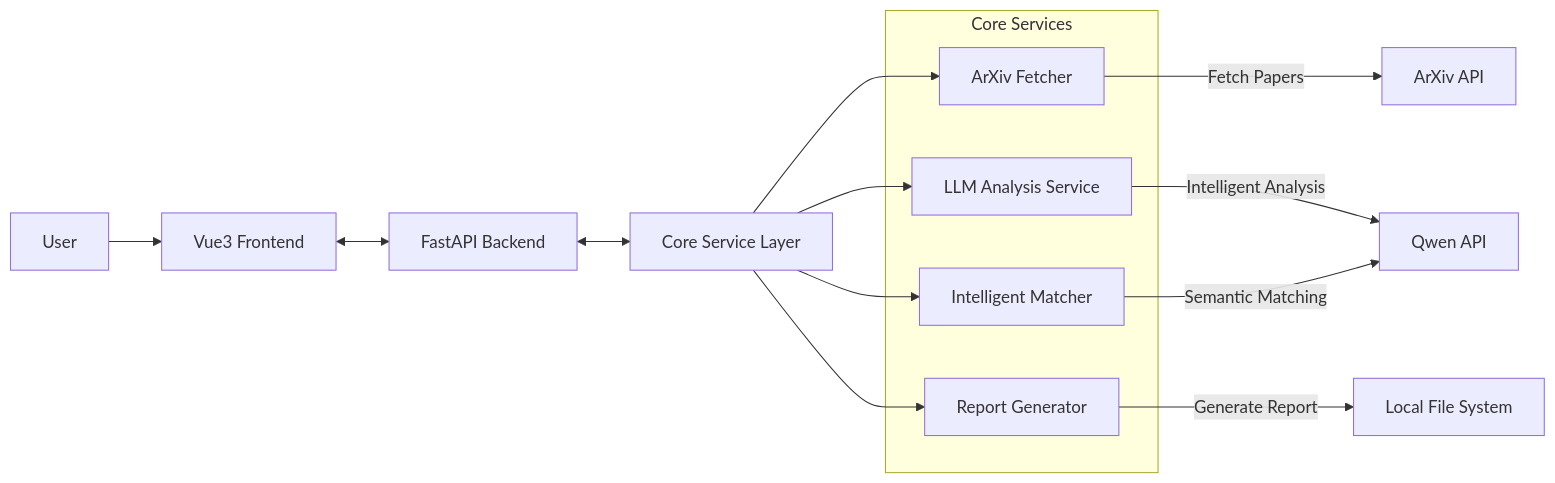
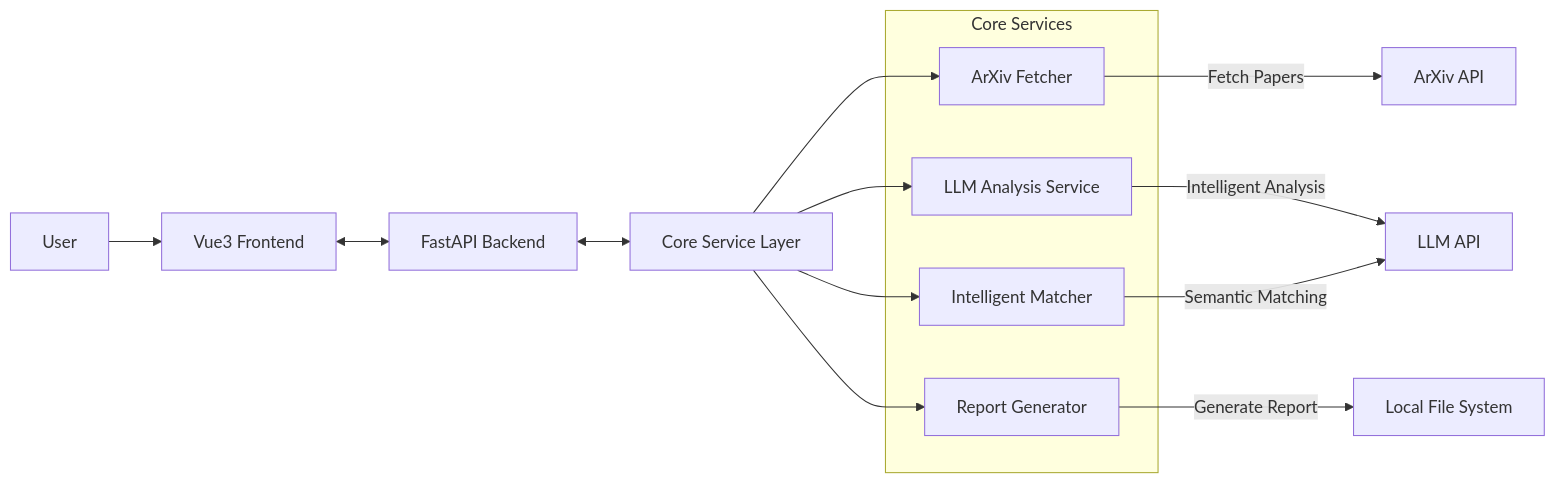
One commit to WhitePlusMS/arXiv-Daily-Summary changed the diagram in README_EN.md. Above: the diagram before and after it, drawn with Mermaid. The commit also changed other lines of this file and 1 other file, not shown here.

````diff
--- a/README_EN.md
+++ b/README_EN.md
@@ -72,23 +72,23 @@
 ```mermaid
 graph LR
     User[User] --> Web[Vue3 Frontend]
     Web <--> API[FastAPI Backend]
     API <--> Core[Core Service Layer]
     
     subgraph CoreServices [Core Services]
         Fetcher[ArXiv Fetcher]
         Matcher[Intelligent Matcher]
         LLM[LLM Analysis Service]
         Reporter[Report Generator]
     end
     
     Core --> Fetcher
     Core --> Matcher
     Core --> LLM
     Core --> Reporter
     
     Fetcher -- Fetch Papers --> ArXiv[ArXiv API]
-    LLM -- Intelligent Analysis --> DashScope[Qwen API]
+    LLM -- Intelligent Analysis --> DashScope[LLM API]
     Matcher -- Semantic Matching --> DashScope
     Reporter -- Generate Report --> FileSys[Local File System]
 ```
````
